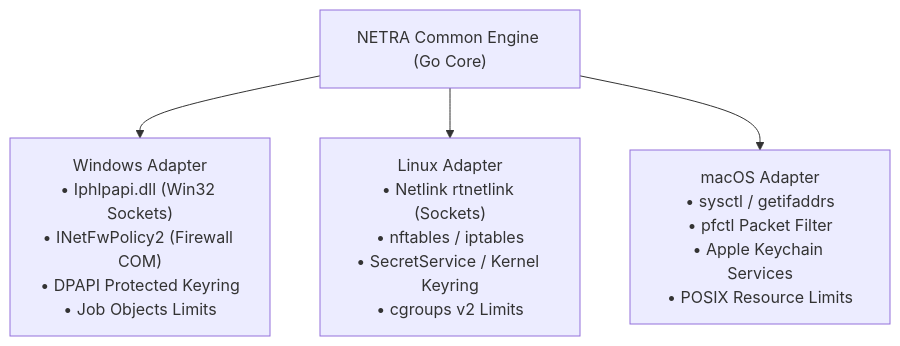
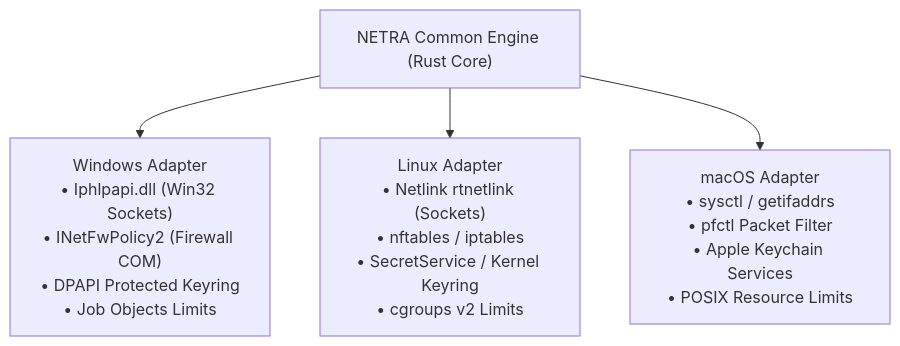
One commit to Subhadip-Paul2006/NETRA-Backend changed the first of 2 diagrams in docs/OS_VERSATILE.md. Above: the diagram before and after it, drawn with Mermaid. The commit also changed other lines of this file and 13 other files, not shown here.

Commit message:
docs: finalize Rust-first systems architecture lock across all 16 specifications

````diff
--- a/docs/OS_VERSATILE.md
+++ b/docs/OS_VERSATILE.md
@@ -30,8 +30,8 @@
 ```mermaid
 flowchart TD
-    Core["NETRA Common Engine (Go Core)"]
+    Core["NETRA Common Engine (Rust Core)"]
 
     Core --> WinAdapter["Windows Adapter<br/>• Iphlpapi.dll (Win32 Sockets)<br/>• INetFwPolicy2 (Firewall COM)<br/>• DPAPI Protected Keyring<br/>• Job Objects Limits"]
     Core --> LinuxAdapter["Linux Adapter<br/>• Netlink rtnetlink (Sockets)<br/>• nftables / iptables<br/>• SecretService / Kernel Keyring<br/>• cgroups v2 Limits"]
     Core --> MacAdapter["macOS Adapter<br/>• sysctl / getifaddrs<br/>• pfctl Packet Filter<br/>• Apple Keychain Services<br/>• POSIX Resource Limits"]
 ```
````
